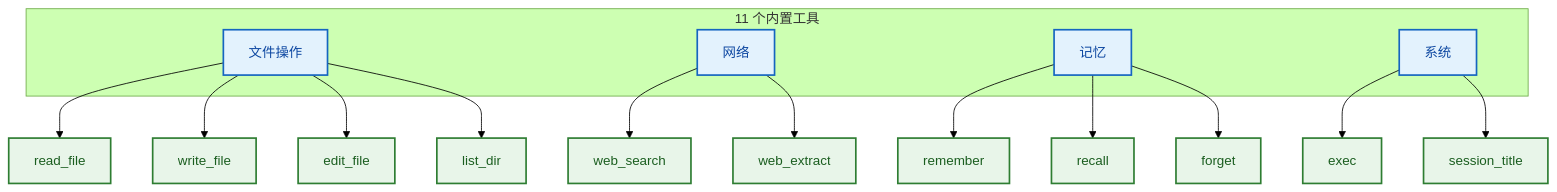
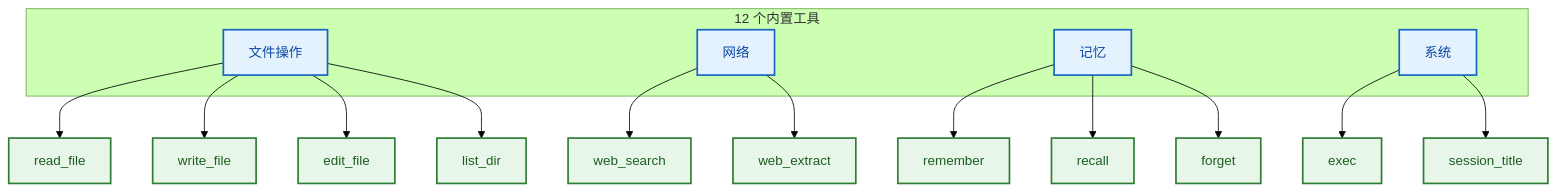
Before and after one commit to xt765/FinchBot: the second of 2 diagrams in docs/zh-CN/guide/usage.md, drawn with Mermaid (forest theme). The commit also changed other lines of this file and 10 other files, not shown here.

````diff
--- a/docs/zh-CN/guide/usage.md
+++ b/docs/zh-CN/guide/usage.md
@@ -302,27 +249,27 @@
 ```mermaid
 flowchart TB
     classDef category fill:#e3f2fd,stroke:#1565c0,stroke-width:2px,color:#0d47a1;
     classDef tool fill:#e8f5e9,stroke:#2e7d32,stroke-width:2px,color:#1b5e20;
 
-    subgraph Tools [11 个内置工具]
+    subgraph Tools [12 个内置工具]
         File[文件操作]:::category
         Web[网络]:::category
         Memory[记忆]:::category
         System[系统]:::category
     end
 
     File --> F1[read_file]:::tool
     File --> F2[write_file]:::tool
     File --> F3[edit_file]:::tool
     File --> F4[list_dir]:::tool
 
     Web --> W1[web_search]:::tool
     Web --> W2[web_extract]:::tool
 
     Memory --> M1[remember]:::tool
     Memory --> M2[recall]:::tool
     Memory --> M3[forget]:::tool
 
     System --> S1[exec]:::tool
     System --> S2[session_title]:::tool
 ```
````
